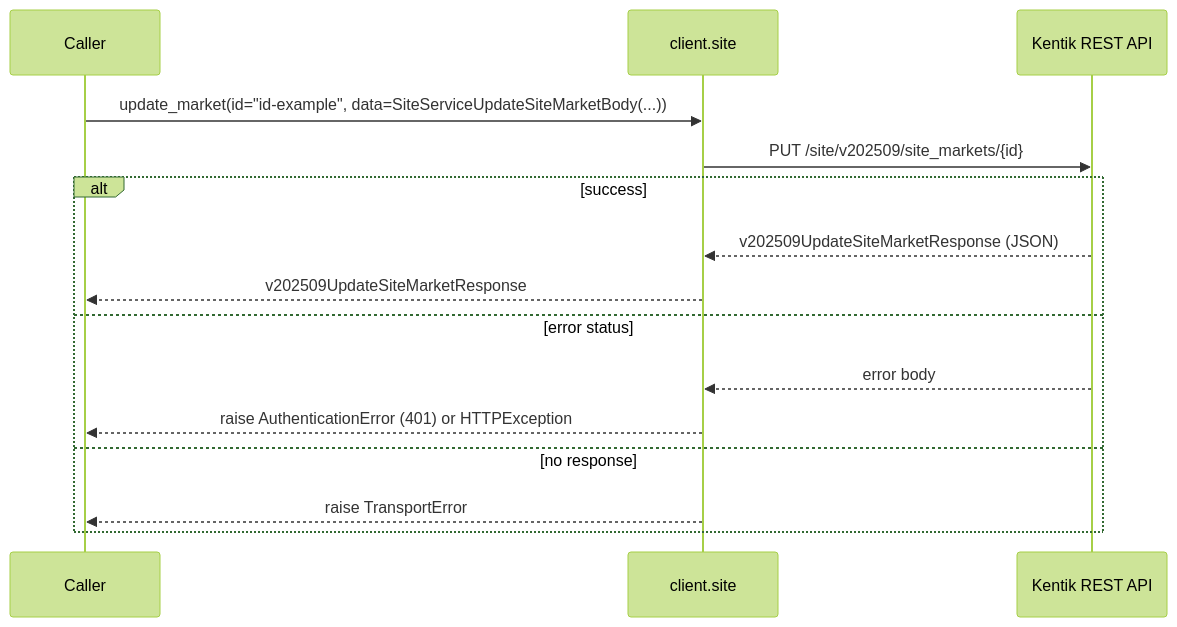
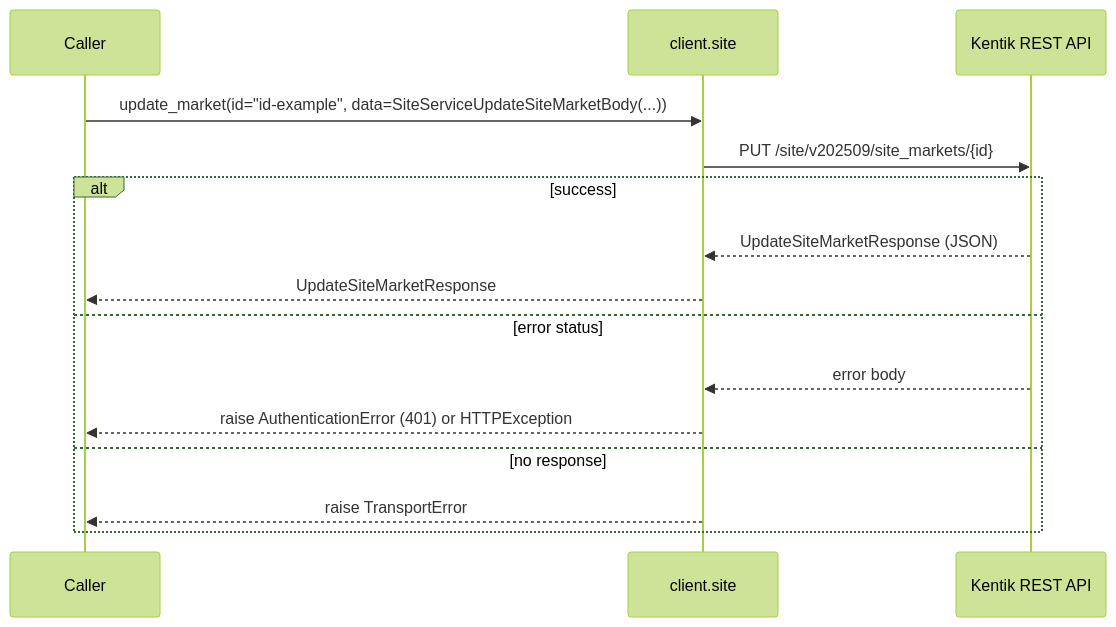
One commit to alexdearaujo/community_sdk_python changed the eighth of 22 diagrams in docs/sphinx/services/site.md. Above: the diagram before and after it, drawn with Mermaid (forest theme). The commit also changed other lines of this file and 38 other files, not shown here.

````diff
--- a/docs/sphinx/services/site.md
+++ b/docs/sphinx/services/site.md
@@ -258,18 +258,18 @@
 ```mermaid
 sequenceDiagram
     participant C as Caller
     participant W as client.site
     participant API as Kentik REST API
 
     C->>W: update_market(id="id-example", data=SiteServiceUpdateSiteMarketBody(...))
     W->>API: PUT /site/v202509/site_markets/{id}
     alt success
-        API-->>W: v202509UpdateSiteMarketResponse (JSON)
-        W-->>C: v202509UpdateSiteMarketResponse
+        API-->>W: UpdateSiteMarketResponse (JSON)
+        W-->>C: UpdateSiteMarketResponse
     else error status
         API-->>W: error body
         W-->>C: raise AuthenticationError (401) or HTTPException
     else no response
         W-->>C: raise TransportError
     end
 ```
````
